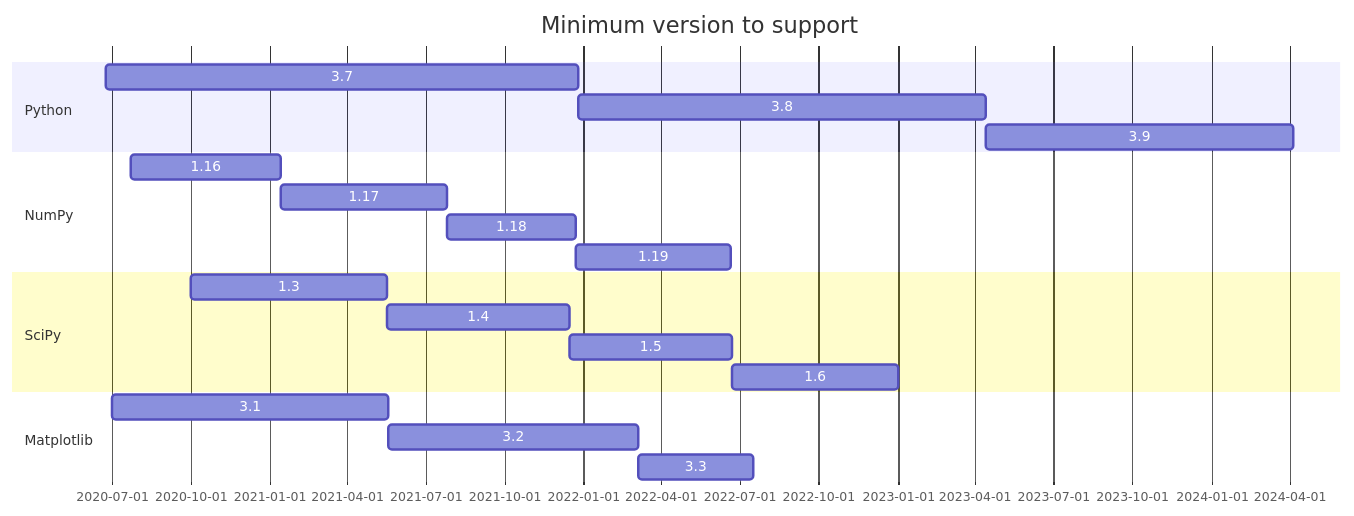
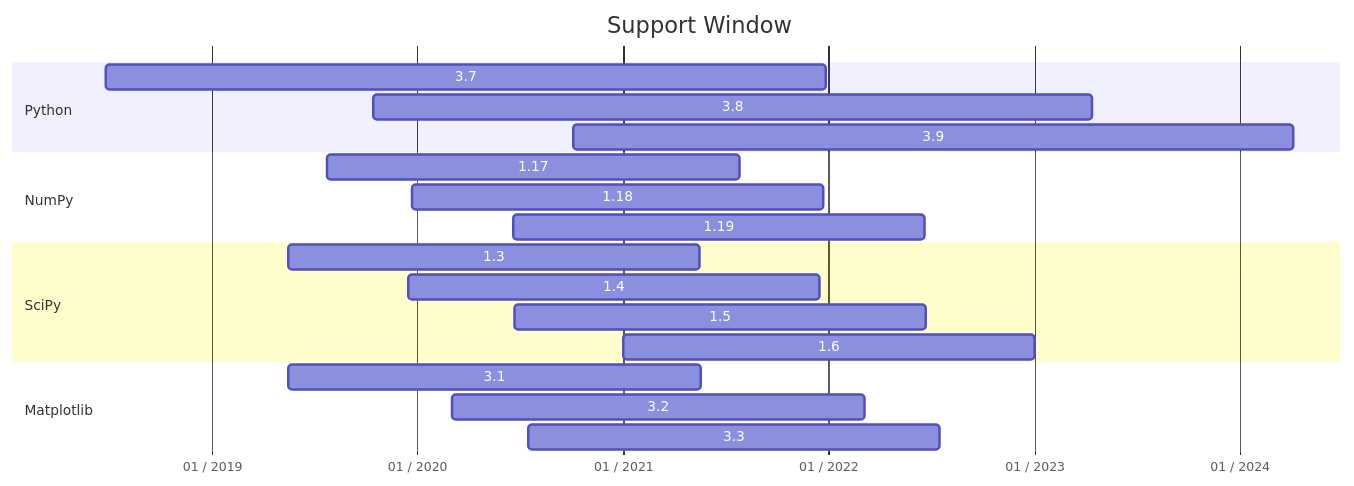
The diagram in spec-0000.md (scientific-python/specs), drawn with Mermaid before and after one commit. The commit also changed other lines of this file and 1 other file, not shown here.

Commit message:
Update gantt (#16)

```diff
--- a/spec-0000.md
+++ b/spec-0000.md
@@ -21,28 +21,28 @@
 {{<mermaid>}}
 gantt
 dateFormat  YYYY-MM-DD
-title Minimum version to support
+axisFormat  %m / %Y
+title Support Window
 
 section Python
-3.7  :      py37, 2020-06-24,2021-12-26
-3.8  :      py38, after py37,2023-04-14
-3.9  :      py39, after py38,2024-04-05
+3.7  :     py37, 2018-06-27,2021-12-26
+3.8  :     py38, 2019-10-14,2023-04-14
+3.9  :     py39, 2020-10-05,2024-04-05
 
 section NumPy
-1.16 :      np16, 2020-07-23,2021-01-13
-1.17 :      np17, after np16,2021-07-26
-1.18 :      np18, after np17,2021-12-22
-1.19 :      np19, after np18,2022-06-21
+1.17  :     np117, 2019-07-26,2021-07-26
+1.18  :     np118, 2019-12-22,2021-12-22
+1.19  :     np119, 2020-06-20,2022-06-21
 
 section SciPy
-1.3 :       sp13, 2020-10-01,2021-05-17
-1.4 :       sp14, after sp13,2021-12-16
-1.5 :       sp15, after sp14,2022-06-22
-1.6 :       sp16, after sp15,2023-01-01
+1.3  :     sp13, 2019-05-17,2021-05-17
+1.4  :     sp14, 2019-12-16,2021-12-16
+1.5  :     sp15, 2020-06-21,2022-06-22
+1.6  :     sp16, 2020-12-31,2023-01-01
 
 section Matplotlib
-3.1 :       mpl1, 2020-07-01, 2021-05-18
-3.2 :       mpl2, after mpl1, 2022-03-05
-3.3 :       mpl3, after mpl2, 2022-07-17
+3.1  :     mpl31, 2019-05-18,2021-05-18
+3.2  :     mpl32, 2020-03-04,2022-03-05
+3.3  :     mpl33, 2020-07-16,2022-07-17
 
 {{</mermaid>}}
```
